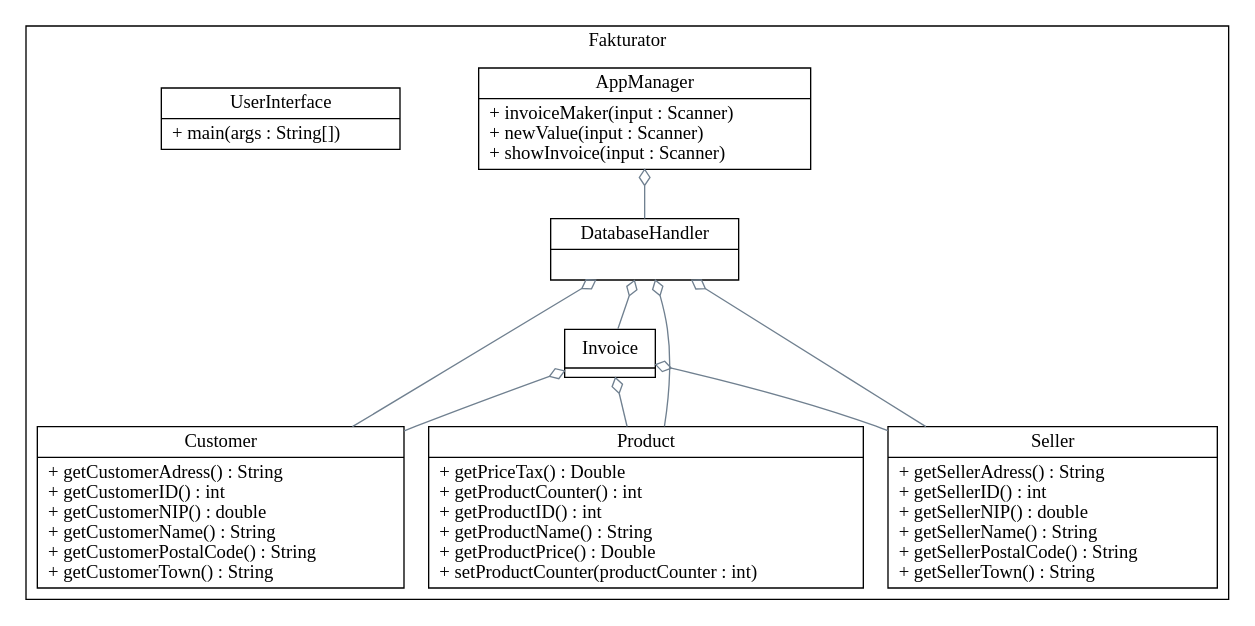
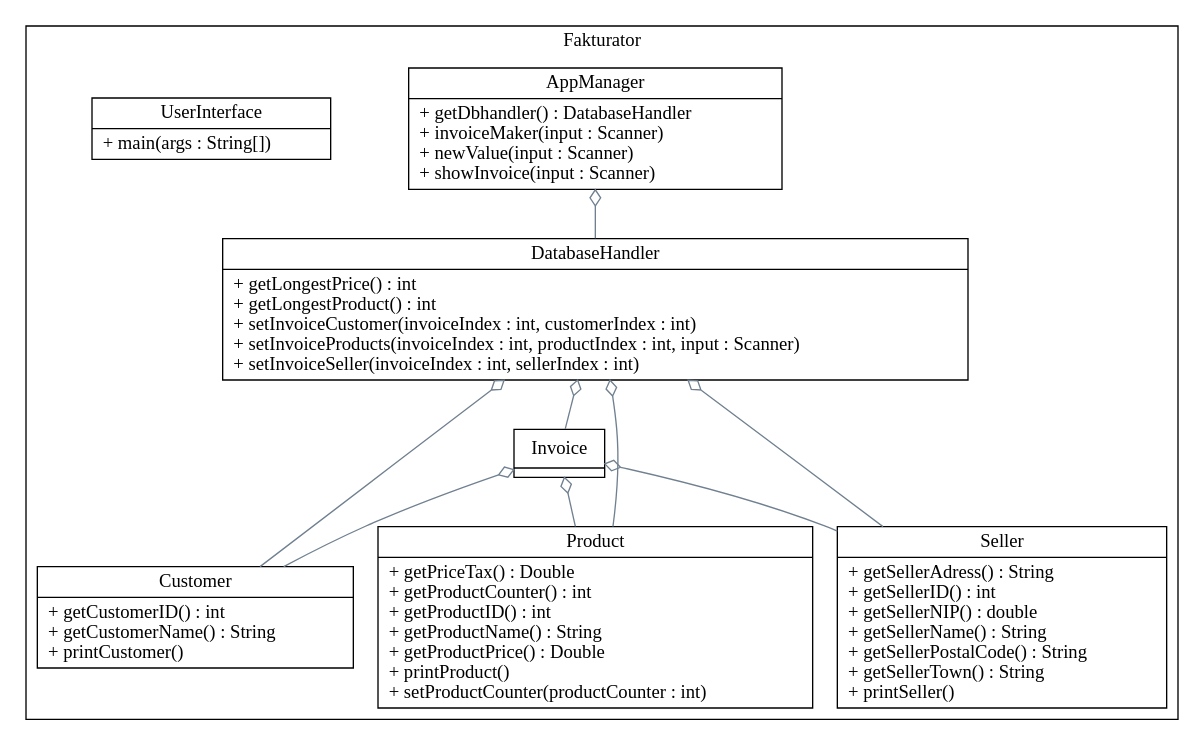
Before and after one commit to RychuKropkaExe/Laboratoria2: the diagram in target/Laboratoria2.urm.dot, drawn with Graphviz. The commit also changed 13 other files, not shown here.

Commit message:
Dodanie testów i diagramu klas

```diff
--- a/target/Laboratoria2.urm.dot
+++ b/target/Laboratoria2.urm.dot
@@ -1,22 +1,22 @@
 digraph domain {
   edge [ fontsize = 11 ];
   node [ shape=record ];
   subgraph cluster_0 {
     label = "Fakturator";
-    AppManager [ label = "{AppManager | + invoiceMaker(input : Scanner)\l+ newValue(input : Scanner)\l+ showInvoice(input : Scanner)\l}" ] 
-    Customer [ label = "{Customer | + getCustomerAdress() : String\l+ getCustomerID() : int\l+ getCustomerNIP() : double\l+ getCustomerName() : String\l+ getCustomerPostalCode() : String\l+ getCustomerTown() : String\l}" ] 
-    DatabaseHandler [ label = "{DatabaseHandler | }" ] 
+    AppManager [ label = "{AppManager | + getDbhandler() : DatabaseHandler\l+ invoiceMaker(input : Scanner)\l+ newValue(input : Scanner)\l+ showInvoice(input : Scanner)\l}" ] 
+    Customer [ label = "{Customer | + getCustomerID() : int\l+ getCustomerName() : String\l+ printCustomer()\l}" ] 
+    DatabaseHandler [ label = "{DatabaseHandler | + getLongestPrice() : int\l+ getLongestProduct() : int\l+ setInvoiceCustomer(invoiceIndex : int, customerIndex : int)\l+ setInvoiceProducts(invoiceIndex : int, productIndex : int, input : Scanner)\l+ setInvoiceSeller(invoiceIndex : int, sellerIndex : int)\l}" ] 
     Invoice [ label = "{Invoice | + getCustomer() : Customer\l+ getDate() : String\l+ getProducts() : ArrayList<Product>\l+ getSeller() : Seller\l+ setCustomer(customer : Customer)\l+ setDate(date : String)\l+ setProducts(product : Product, input : Scanner)\l+ setSeller(seller : Seller)\l}" ] 
-    Product [ label = "{Product | + getPriceTax() : Double\l+ getProductCounter() : int\l+ getProductID() : int\l+ getProductName() : String\l+ getProductPrice() : Double\l+ setProductCounter(productCounter : int)\l}" ] 
-    Seller [ label = "{Seller | + getSellerAdress() : String\l+ getSellerID() : int\l+ getSellerNIP() : double\l+ getSellerName() : String\l+ getSellerPostalCode() : String\l+ getSellerTown() : String\l}" ] 
+    Product [ label = "{Product | + getPriceTax() : Double\l+ getProductCounter() : int\l+ getProductID() : int\l+ getProductName() : String\l+ getProductPrice() : Double\l+ printProduct()\l+ setProductCounter(productCounter : int)\l}" ] 
+    Seller [ label = "{Seller | + getSellerAdress() : String\l+ getSellerID() : int\l+ getSellerNIP() : double\l+ getSellerName() : String\l+ getSellerPostalCode() : String\l+ getSellerTown() : String\l+ printSeller()\l}" ] 
     UserInterface [ label = "{UserInterface | + main(args : String[])\l}" ] 
   }
   DatabaseHandler -> Customer [ dir=back arrowtail=odiamond color=slategray];
   DatabaseHandler -> Seller [ dir=back arrowtail=odiamond color=slategray];
   Invoice -> Product [ dir=back arrowtail=odiamond color=slategray];
   Invoice -> Customer [ dir=back arrowtail=odiamond color=slategray];
   DatabaseHandler -> Product [ dir=back arrowtail=odiamond color=slategray];
   AppManager -> DatabaseHandler [ dir=back arrowtail=odiamond color=slategray];
   DatabaseHandler -> Invoice [ dir=back arrowtail=odiamond color=slategray];
   Invoice -> Seller [ dir=back arrowtail=odiamond color=slategray];
 }
```
